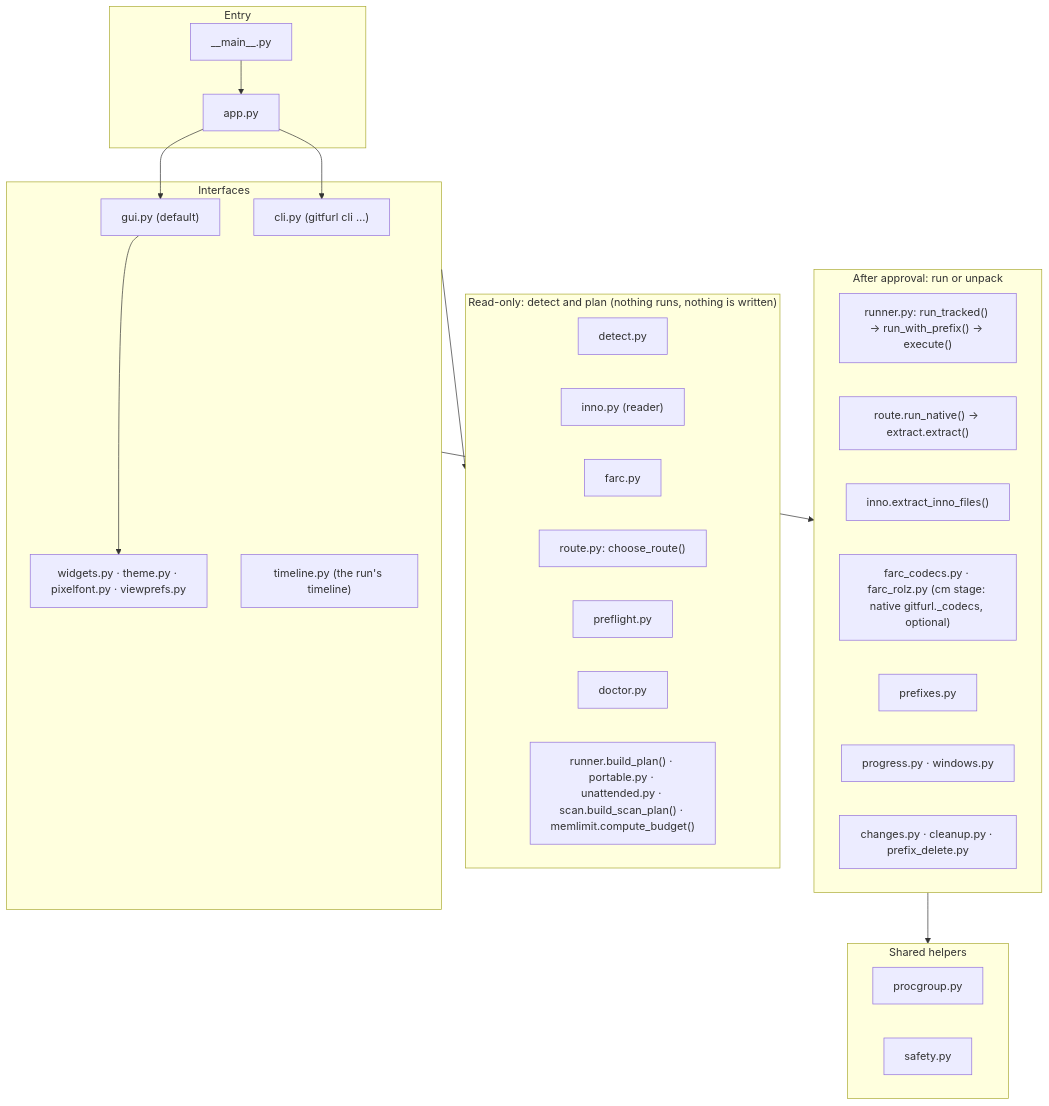
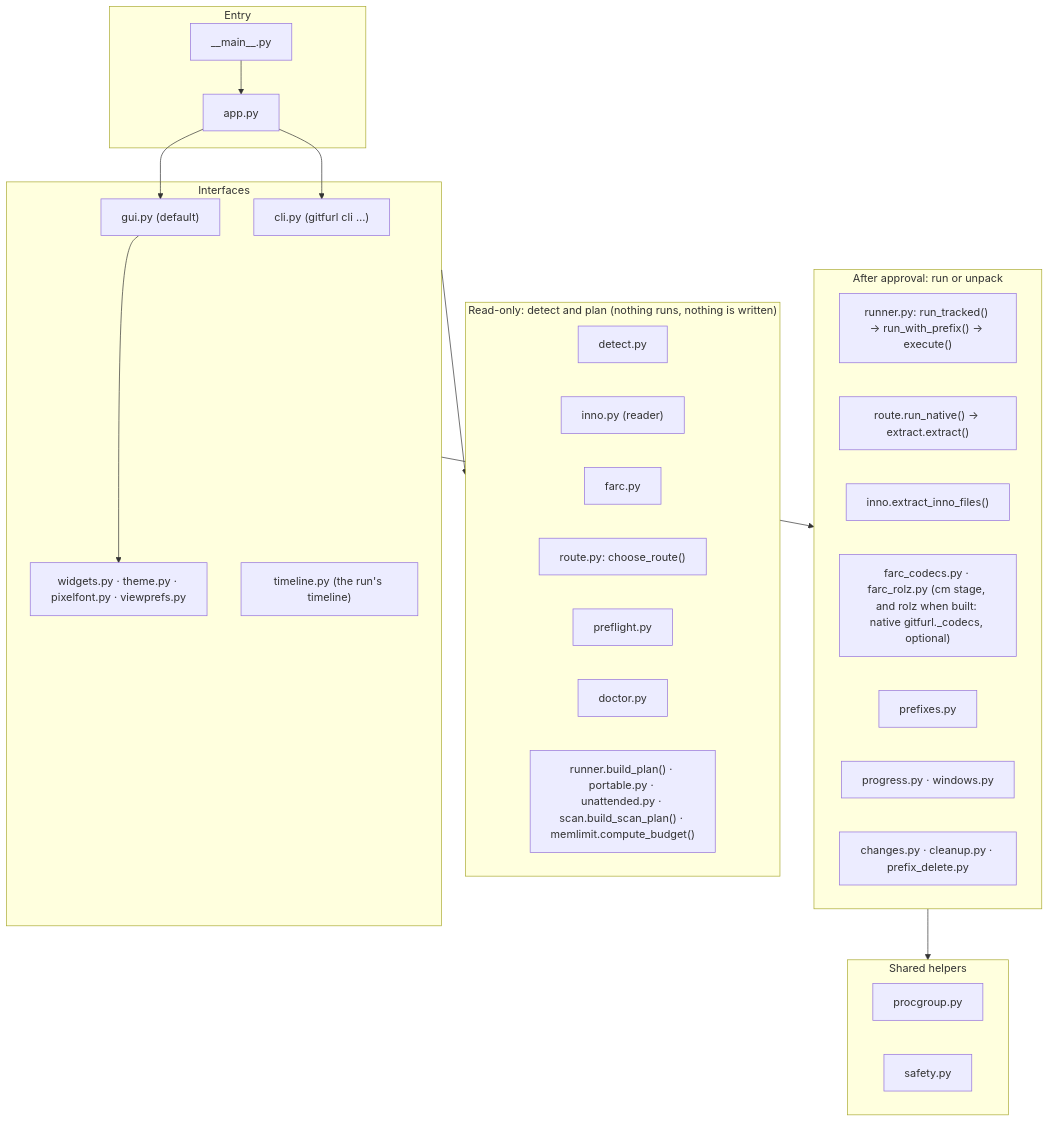
Before and after one commit to undecuple/gitfurl: the first of 6 diagrams in docs/code-map.md, drawn with Mermaid. The commit also changed other lines of this file and 21 other files, not shown here.

Commit message:
FreeArc: decode the rolz stage natively when the module is built (Rust) (#66)

````diff
--- a/docs/code-map.md
+++ b/docs/code-map.md
@@ -9,39 +9,39 @@
 ```mermaid
 flowchart TB
   subgraph entry["Entry"]
     main["__main__.py"] --> app["app.py"]
   end
   subgraph ui["Interfaces"]
     gui["gui.py (default)"]
     cli["cli.py (gitfurl cli …)"]
     widgets["widgets.py · theme.py · pixelfont.py · viewprefs.py"]
     timeline["timeline.py (the run's timeline)"]
   end
   subgraph plan["Read-only: detect and plan (nothing runs, nothing is written)"]
     detect["detect.py"]
     inno["inno.py (reader)"]
     farc["farc.py"]
     route["route.py: choose_route()"]
     preflight["preflight.py"]
     doctor["doctor.py"]
     builders["runner.build_plan() · portable.py · unattended.py · scan.build_scan_plan() · memlimit.compute_budget()"]
   end
   subgraph run["After approval: run or unpack"]
     runner["runner.py: run_tracked() → run_with_prefix() → execute()"]
     native["route.run_native() → extract.extract()"]
     innox["inno.extract_inno_files()"]
-    codecs["farc_codecs.py · farc_rolz.py (cm stage: native gitfurl._codecs, optional)"]
+    codecs["farc_codecs.py · farc_rolz.py (cm stage, and rolz when built: native gitfurl._codecs, optional)"]
     prefixes["prefixes.py"]
     progress["progress.py · windows.py"]
     changes["changes.py · cleanup.py · prefix_delete.py"]
   end
   subgraph shared["Shared helpers"]
     procgroup["procgroup.py"]
     safety["safety.py"]
   end
   app --> gui & cli
   gui --> widgets
   ui --> plan
   ui --> run
   run --> shared
 ```
````
